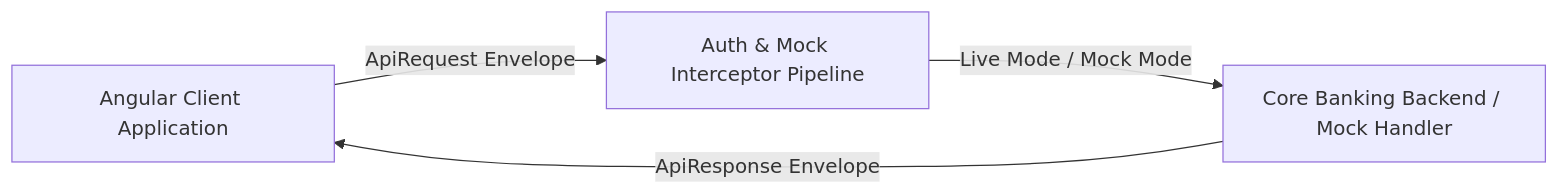
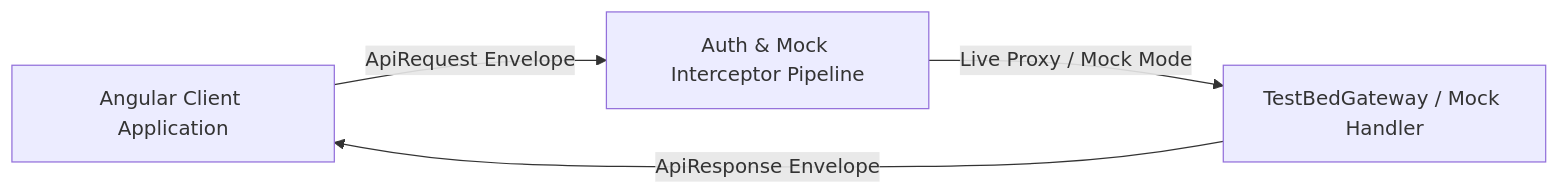
The diagram in memory/api-request.md (kunalahuja04/sspl-demo), drawn with Mermaid before and after one commit. The commit also changed other lines of this file and 29 other files, not shown here.

````diff
--- a/memory/api-request.md
+++ b/memory/api-request.md
@@ -11,6 +32,6 @@
 ```mermaid
 flowchart LR
     Client[Angular Client Application] -->|ApiRequest Envelope| Interceptors[Auth & Mock Interceptor Pipeline]
-    Interceptors -->|Live Mode / Mock Mode| Backend[Core Banking Backend / Mock Handler]
+    Interceptors -->|Live Proxy / Mock Mode| Backend[TestBedGateway / Mock Handler]
     Backend -->|ApiResponse Envelope| Client
 ```
````
